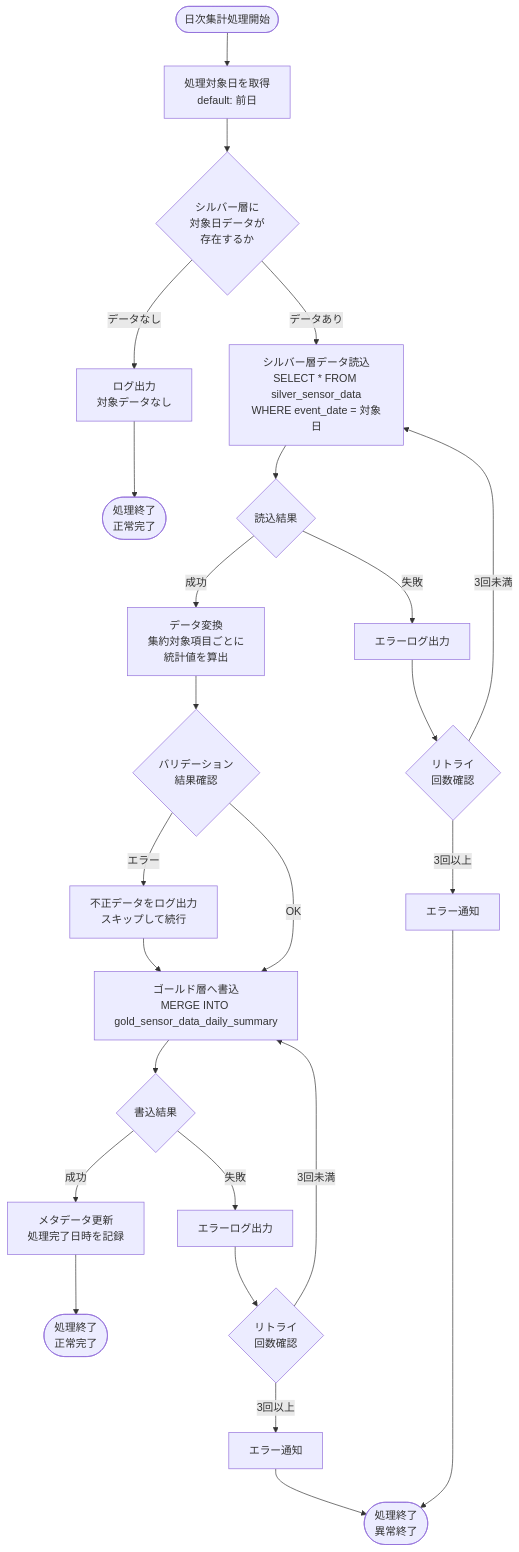
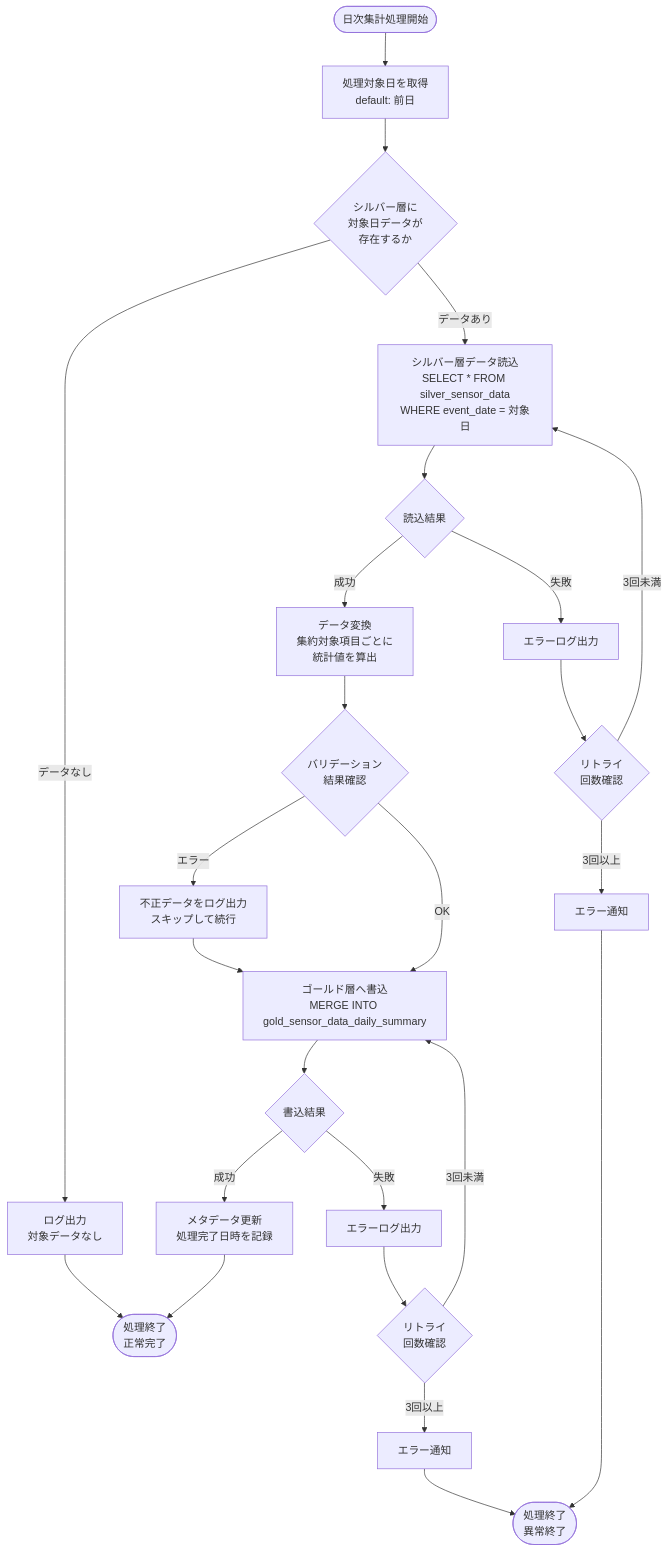
The first of 5 diagrams in docs/03-features/ldp-pipeline/gold_layer/ldp-pipeline-specification.md (NSW-SVCP-AIWG002/Databricks-IoT), drawn with Mermaid before and after one commit. The commit also changed other lines of this file and 3 other files, not shown here.

````diff
--- a/docs/03-features/ldp-pipeline/gold_layer/ldp-pipeline-specification.md
+++ b/docs/03-features/ldp-pipeline/gold_layer/ldp-pipeline-specification.md
@@ -109,34 +117,33 @@
 ```mermaid
 flowchart TD
     Start([日次集計処理開始]) --> GetDate[処理対象日を取得<br>default: 前日]
     GetDate --> CheckSource{シルバー層に<br>対象日データが<br>存在するか}
 
     CheckSource -->|データなし| LogNoData[ログ出力<br>対象データなし]
-    LogNoData --> EndNoData([処理終了<br>正常完了])
-
+    LogNoData --> EndSuccess([処理終了<br>正常完了])
     CheckSource -->|データあり| ReadSilver[シルバー層データ読込<br>SELECT * FROM silver_sensor_data<br>WHERE event_date = 対象日]
     ReadSilver --> CheckRead{読込結果}
 
     CheckRead -->|成功| Transform[データ変換<br>集約対象項目ごとに<br>統計値を算出]
     CheckRead -->|失敗| ErrorRead[エラーログ出力]
     ErrorRead --> RetryRead{リトライ<br>回数確認}
     RetryRead -->|3回未満| ReadSilver
     RetryRead -->|3回以上| AlertRead[エラー通知]
     AlertRead --> EndError([処理終了<br>異常終了])
 
     Transform --> Validate{バリデーション<br>結果確認}
     Validate -->|エラー| ErrorValidate[不正データをログ出力<br>スキップして続行]
     ErrorValidate --> WriteGold
 
     Validate -->|OK| WriteGold[ゴールド層へ書込<br>MERGE INTO gold_sensor_data_daily_summary]
     WriteGold --> CheckWrite{書込結果}
 
     CheckWrite -->|成功| UpdateMeta[メタデータ更新<br>処理完了日時を記録]
-    UpdateMeta --> EndSuccess([処理終了<br>正常完了])
+    UpdateMeta --> EndSuccess
 
     CheckWrite -->|失敗| ErrorWrite[エラーログ出力]
     ErrorWrite --> RetryWrite{リトライ<br>回数確認}
     RetryWrite -->|3回未満| WriteGold
     RetryWrite -->|3回以上| AlertWrite[エラー通知]
     AlertWrite --> EndError
 ```
````
